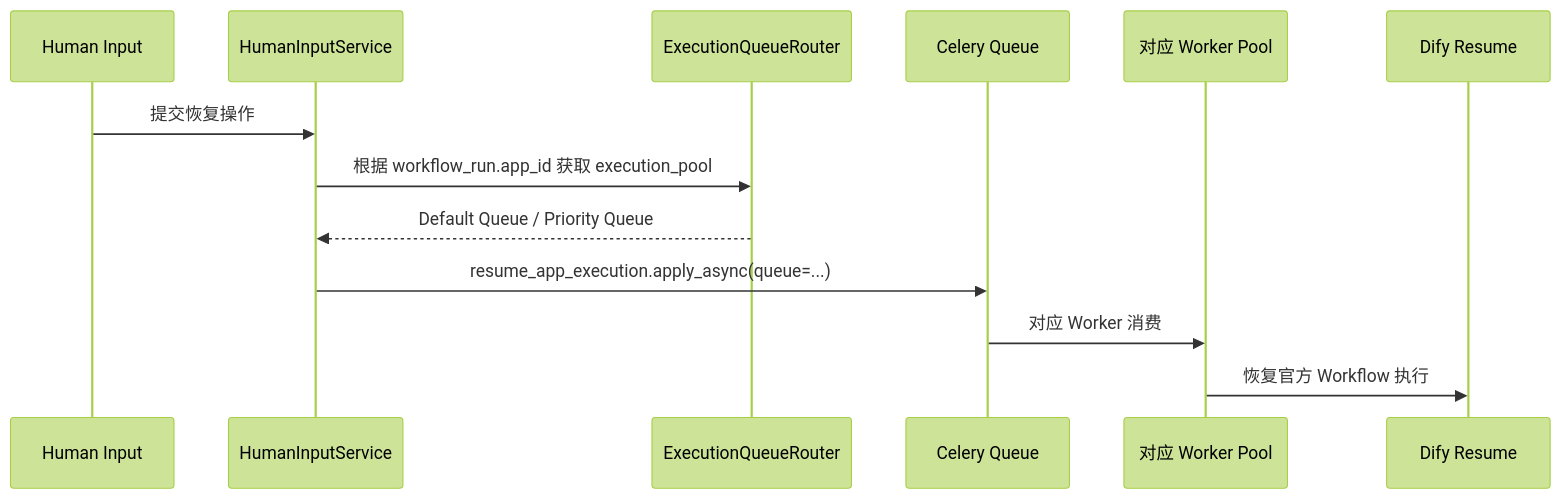
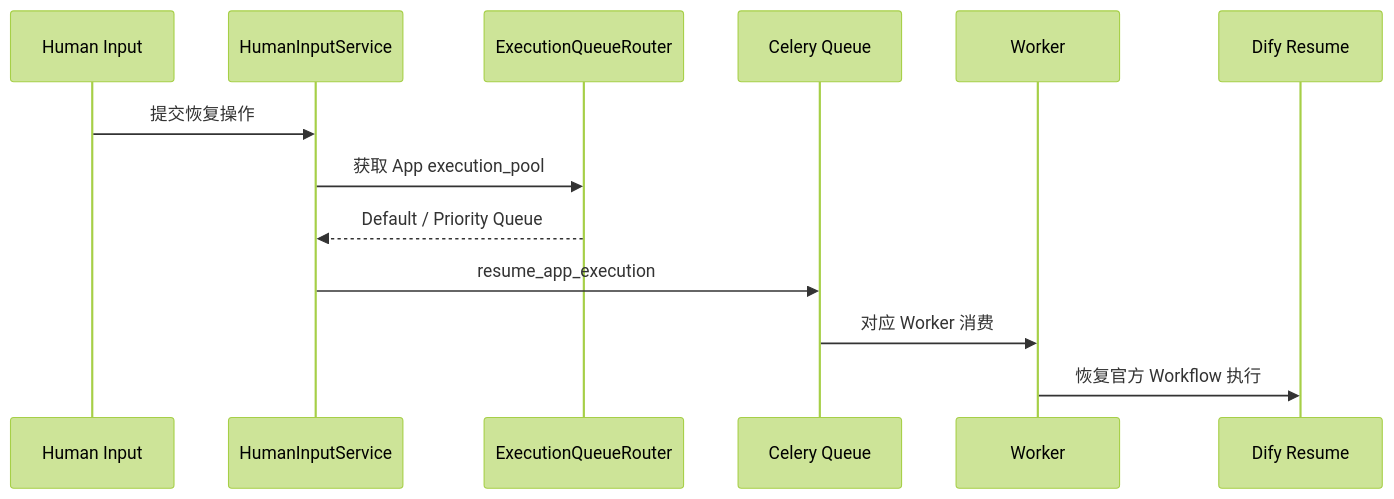
Before and after one commit to sgfd-ui/internship: the third of 6 diagrams in weekly-report/dify-execution-engine-isolation-plan.md, drawn with Mermaid (forest theme). The commit also changed other lines of this file, not shown here.

Commit message:
docs: merge architecture chapters and refresh diagrams

````diff
--- a/weekly-report/dify-execution-engine-isolation-plan.md
+++ b/weekly-report/dify-execution-engine-isolation-plan.md
@@ -146,16 +113,16 @@
 ```mermaid
 sequenceDiagram
     participant H as Human Input
     participant S as HumanInputService
     participant R as ExecutionQueueRouter
     participant Q as Celery Queue
-    participant W as 对应 Worker Pool
+    participant W as Worker
     participant E as Dify Resume
 
     H->>S: 提交恢复操作
-    S->>R: 根据 workflow_run.app_id 获取 execution_pool
-    R-->>S: Default Queue / Priority Queue
-    S->>Q: resume_app_execution.apply_async(queue=...)
+    S->>R: 获取 App execution_pool
+    R-->>S: Default / Priority Queue
+    S->>Q: resume_app_execution
     Q->>W: 对应 Worker 消费
     W->>E: 恢复官方 Workflow 执行
 ```
````
